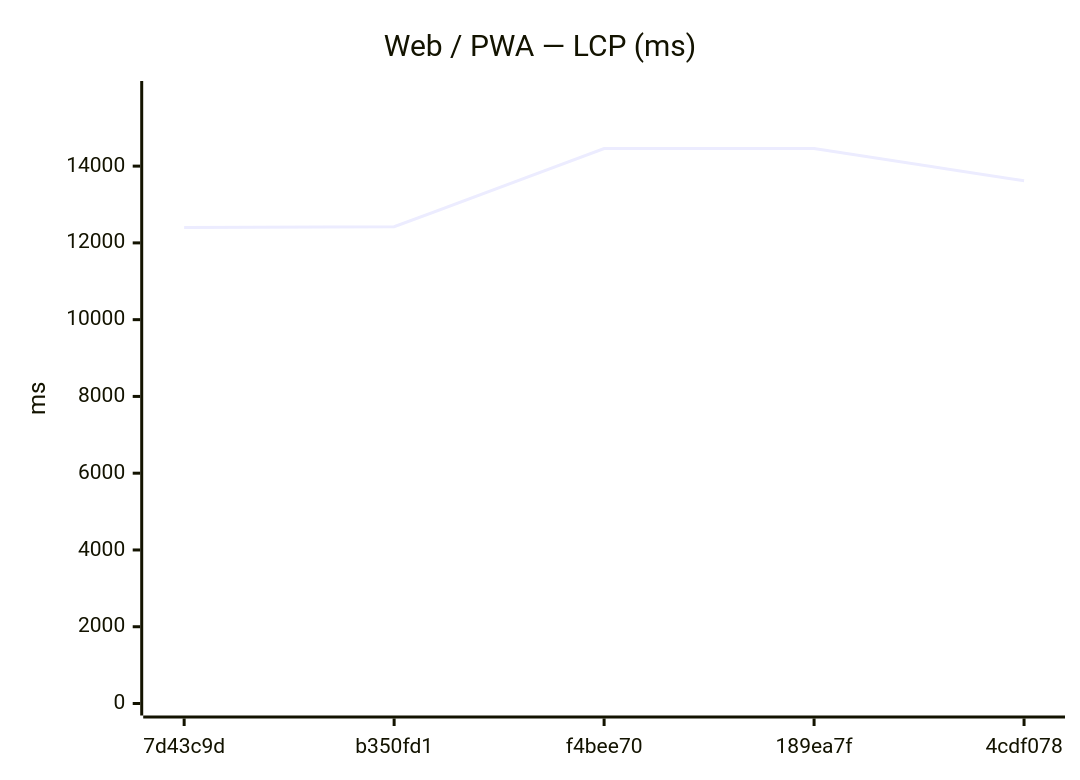
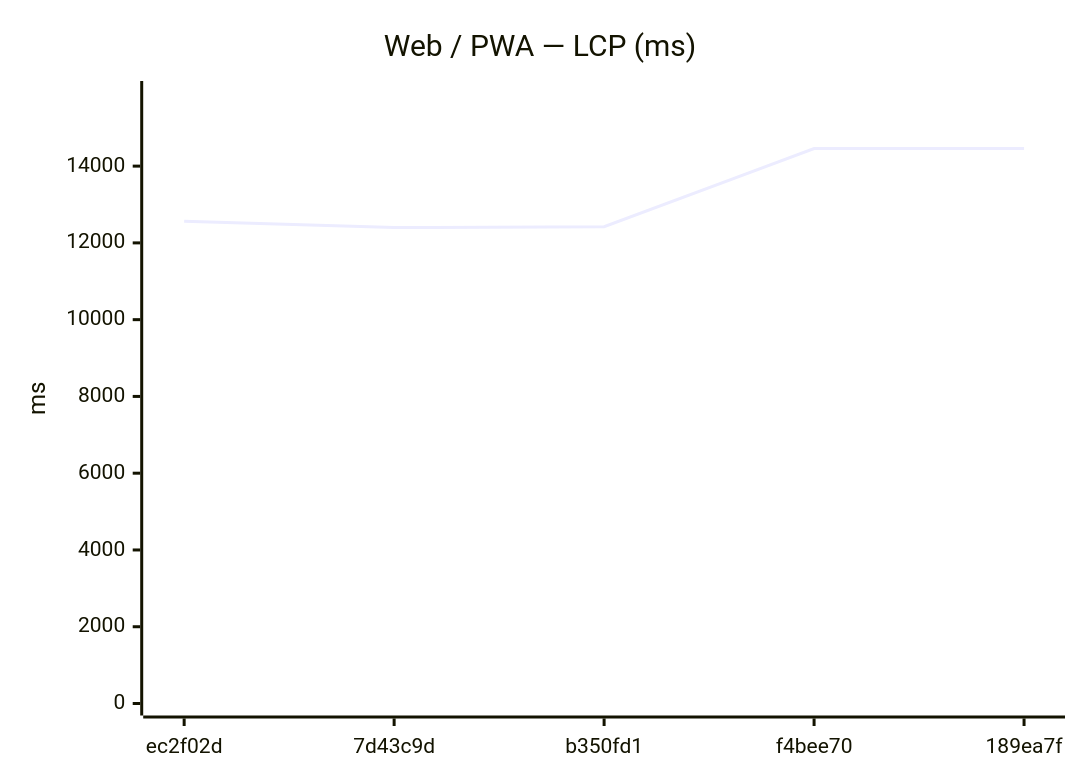
One commit to Metaheurist/Rianell changed the seventh of 18 diagrams in benchmarks/compare.md. Above: the diagram before and after it, drawn with Mermaid. The commit also changed other lines of this file and 11 other files, not shown here.

````diff
--- a/benchmarks/compare.md
+++ b/benchmarks/compare.md
@@ -117,7 +117,7 @@
 ```mermaid
 xychart-beta
     title "Web / PWA — LCP (ms)"
-    x-axis ["7d43c9d", "b350fd1", "f4bee70", "189ea7f", "4cdf078"]
+    x-axis ["ec2f02d", "7d43c9d", "b350fd1", "f4bee70", "189ea7f"]
     y-axis "ms" 0 --> 15905
-    line [12399, 12420, 14457, 14459, 13617]
+    line [12566, 12399, 12420, 14457, 14459]
 ```
````
